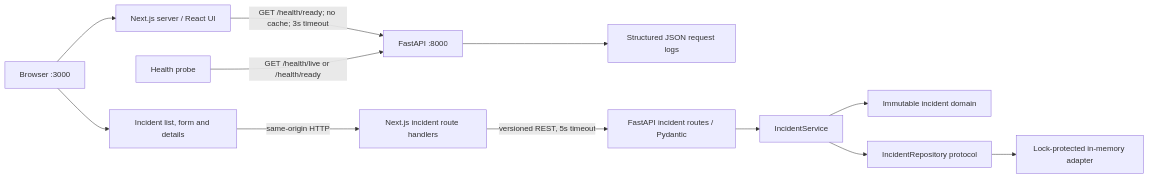
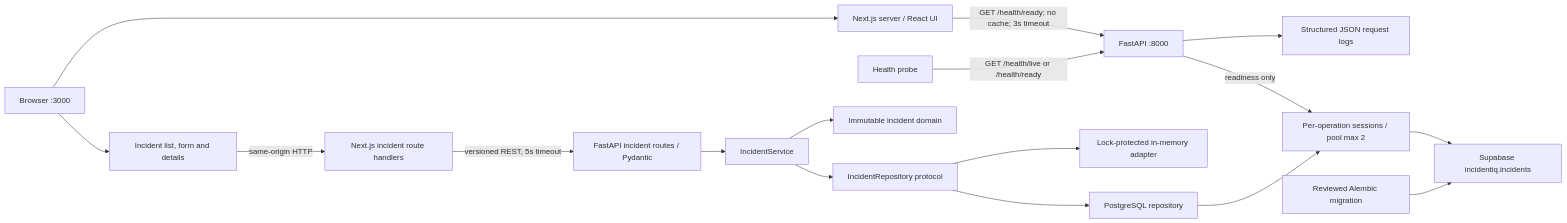
One commit to JK578/Jai changed the first of 3 diagrams in docs/architecture.md. Above: the diagram before and after it, drawn with Mermaid. The commit also changed other lines of this file and 38 other files, not shown here.

Commit message:
feat: persist incidents in PostgreSQL with reviewed migrations

````diff
--- a/docs/architecture.md
+++ b/docs/architecture.md
@@ -5,14 +5,19 @@
 ```mermaid
 flowchart LR
     Browser[Browser :3000] --> Web[Next.js server / React UI]
     Web -->|GET /health/ready; no cache; 3s timeout| API[FastAPI :8000]
     Probe[Health probe] -->|GET /health/live or /health/ready| API
     API --> Logs[Structured JSON request logs]
     Browser --> Client[Incident list, form and details]
     Client -->|same-origin HTTP| Proxy[Next.js incident route handlers]
     Proxy -->|versioned REST, 5s timeout| Routes[FastAPI incident routes / Pydantic]
     Routes --> Service[IncidentService]
     Service --> Domain[Immutable incident domain]
     Service --> Port[IncidentRepository protocol]
     Port --> Memory[Lock-protected in-memory adapter]
+    Port --> Postgres[PostgreSQL repository]
+    Postgres --> Sessions[Per-operation sessions / pool max 2]
+    Sessions --> DB[Supabase incidentiq.incidents]
+    Migrations[Reviewed Alembic migration] --> DB
+    API -->|readiness only| Sessions
 ```
````
